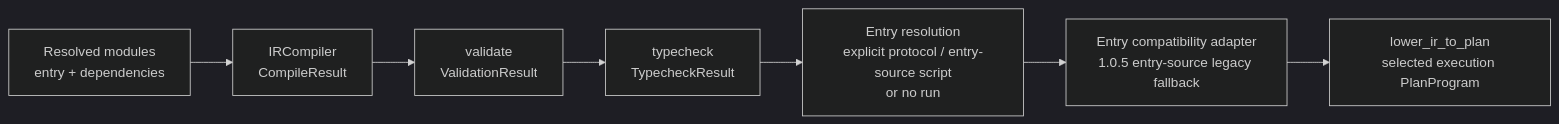
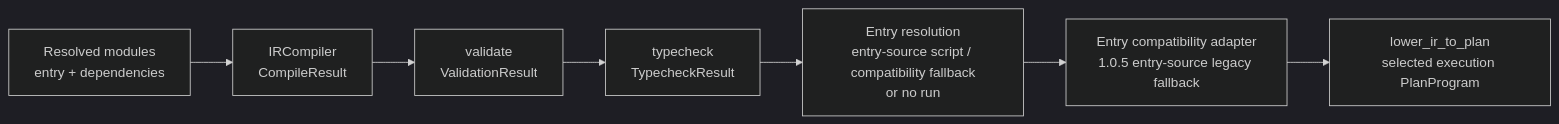
One commit to culsma/culsma changed the second of 3 diagrams in docs/architecture/pipeline/pipeline_module_diagrams.md. Above: the diagram before and after it, drawn with Mermaid (dark theme). The commit also changed other lines of this file and 15 other files, not shown here.

Commit message:
fix: separate cli batch runs from entry resolution

````diff
--- a/docs/architecture/pipeline/pipeline_module_diagrams.md
+++ b/docs/architecture/pipeline/pipeline_module_diagrams.md
@@ -54,17 +57,17 @@
 ```mermaid
 flowchart LR
     AST["Resolved modules<br/>entry + dependencies"]
     Compile["IRCompiler<br/>CompileResult"]
     Validate["validate<br/>ValidationResult"]
     Typecheck["typecheck<br/>TypecheckResult"]
-    Entry["Entry resolution<br/>explicit protocol / entry-source script<br/>or no run"]
+    Entry["Entry resolution<br/>entry-source script / compatibility fallback<br/>or no run"]
     Compat["Entry compatibility adapter<br/>1.0.5 entry-source legacy fallback"]
     Plan["lower_ir_to_plan<br/>selected execution PlanProgram"]
 
     AST --> Compile
     Compile --> Validate
     Validate --> Typecheck
     Typecheck --> Entry
     Entry --> Compat
     Compat --> Plan
 ```
````
